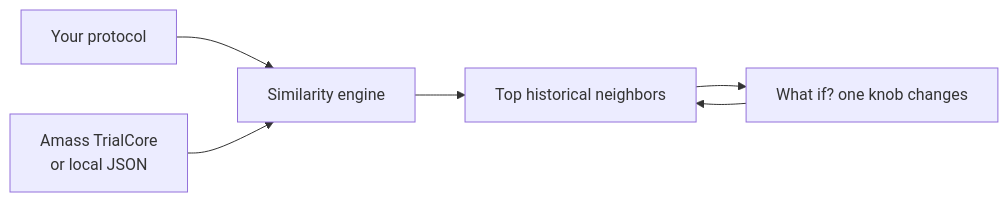
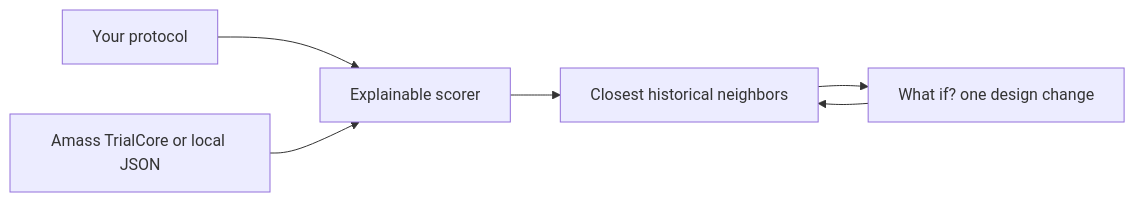
Before and after one commit to amedeone03/amass-trialcore-demo: the diagram in README.md, drawn with Mermaid. The commit also changed other lines of this file, not shown here.

````diff
--- a/README.md
+++ b/README.md
@@ -68,8 +54,8 @@
 ```mermaid
 flowchart LR
-  A[Your protocol] --> B[Similarity engine]
-  C[Amass TrialCore<br/>or local JSON] --> B
-  B --> D[Top historical neighbors]
-  D --> E[What if? one knob changes]
-  E --> D
+  P[Your protocol] --> E[Explainable scorer]
+  H[Amass TrialCore or local JSON] --> E
+  E --> N[Closest historical neighbors]
+  N --> W[What if? one design change]
+  W --> N
 ```
````
